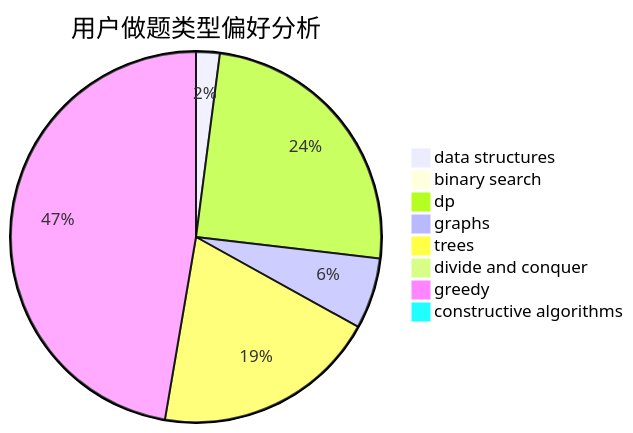
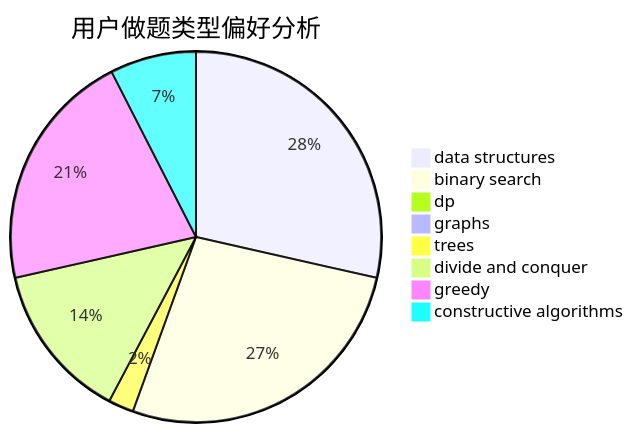
One commit to sherpahu/cfrs.github.io changed the second of 3 diagrams in docs/user/u1310.md. Above: the diagram before and after it, drawn with Mermaid. The commit also changed other lines of this file and 2770 other files, not shown here.

````diff
--- a/docs/user/u1310.md
+++ b/docs/user/u1310.md
@@ -23,11 +23,11 @@
 ```mermaid
 pie title 用户做题类型偏好分析
-    "data structures" :  10
-    "binary search" :  4
-    "dp" :  120
-    "graphs" :  30
-    "trees" :  95
-    "divide and conquer" :  3
-    "greedy" :  229
-    "constructive algorithms" :  0
+    "data structures" :  129
+    "binary search" :  122
+    "dp" :  4
+    "graphs" :  0
+    "trees" :  10
+    "divide and conquer" :  62
+    "greedy" :  95
+    "constructive algorithms" :  34
 ```
````
